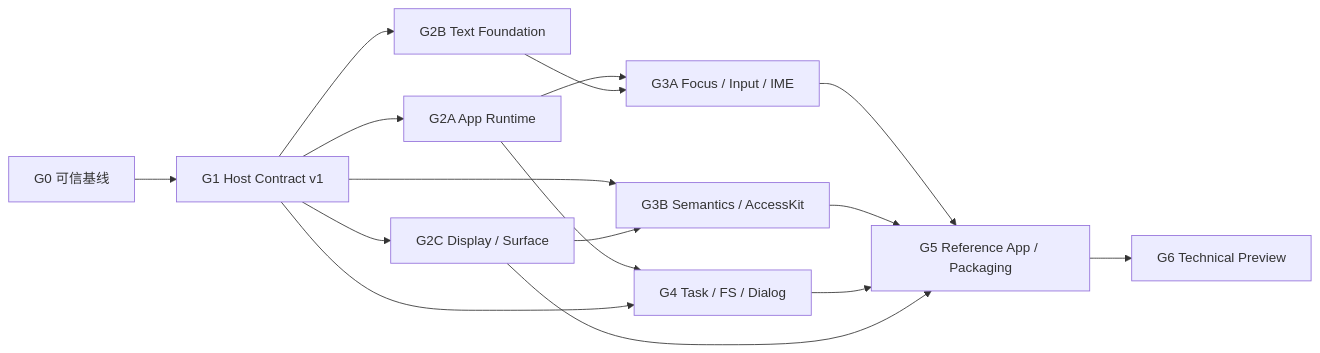
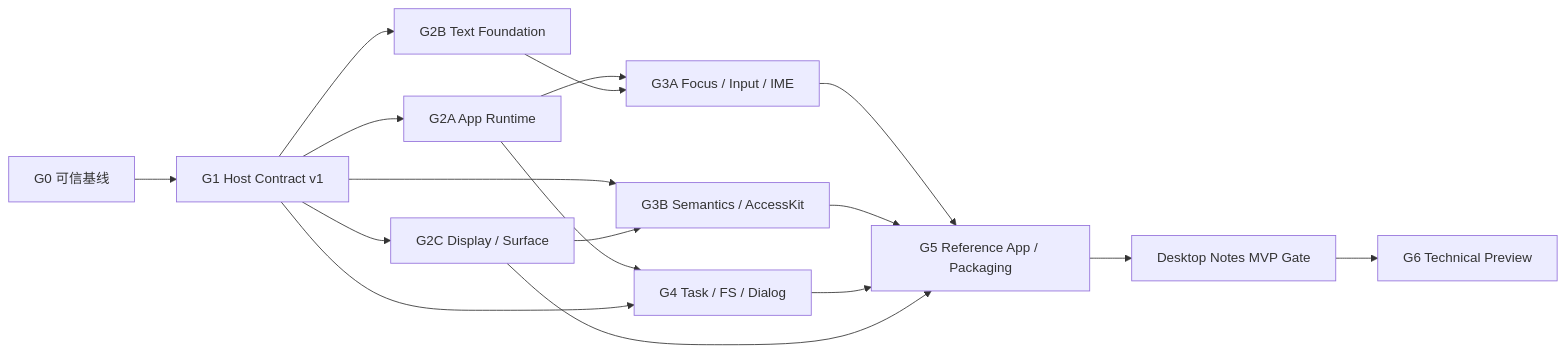
One commit to baicie/nexa changed the diagram in docs/ROADMAP.md. Above: the diagram before and after it, drawn with Mermaid. The commit also changed other lines of this file and 402 other files, not shown here.

Commit message:
feat: complete desktop technical preview MVP

````diff
--- a/docs/ROADMAP.md
+++ b/docs/ROADMAP.md
@@ -21,18 +24,19 @@
 ```mermaid
 flowchart LR
   G0["G0 可信基线"] --> G1["G1 Host Contract v1"]
   G1 --> RUNTIME["G2A App Runtime"]
   G1 --> TEXT["G2B Text Foundation"]
   G1 --> RENDER["G2C Display / Surface"]
   RUNTIME --> INPUT["G3A Focus / Input / IME"]
   TEXT --> INPUT
   G1 --> A11Y["G3B Semantics / AccessKit"]
   RENDER --> A11Y
   RUNTIME --> SYSTEM["G4 Task / FS / Dialog"]
   G1 --> SYSTEM
   INPUT --> APP["G5 Reference App / Packaging"]
   A11Y --> APP
   SYSTEM --> APP
   RENDER --> APP
-  APP --> PREVIEW["G6 Technical Preview"]
+  APP --> MVP["Desktop Notes MVP Gate"]
+  MVP --> PREVIEW["G6 Technical Preview"]
 ```
````
